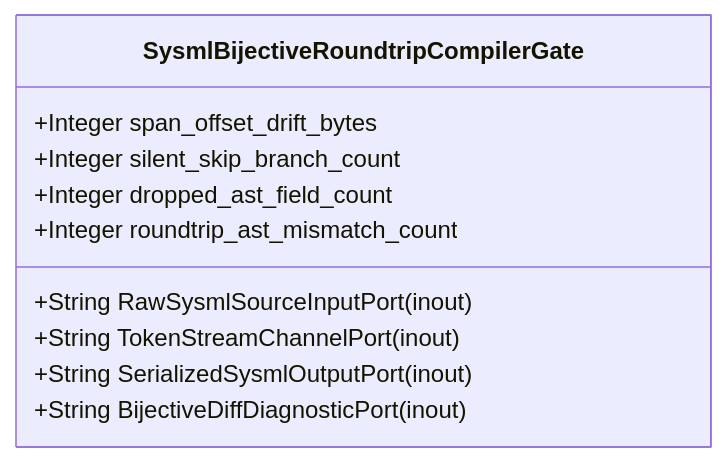
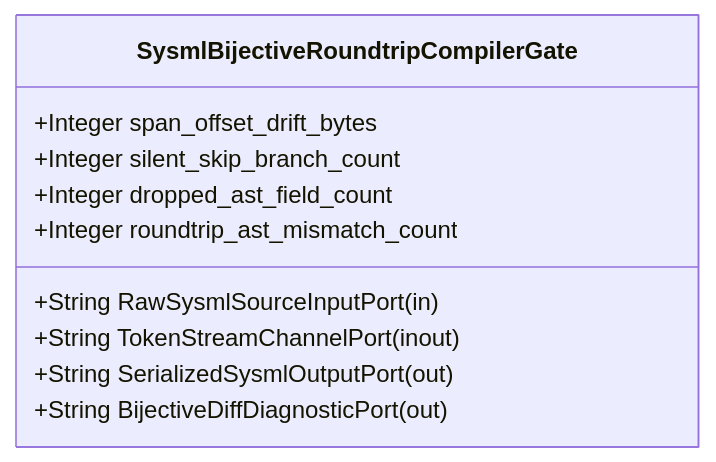
Before and after one commit to gintatkinson/DEAP01-spec-core: the diagram in .pipeline/upstream/docs/features/FEAT-15-SysmlBijectiveRoundtripCompilerGate.md, drawn with Mermaid. The commit also changed other lines of this file and 213 other files, not shown here.

````diff
--- a/.pipeline/upstream/docs/features/FEAT-15-SysmlBijectiveRoundtripCompilerGate.md
+++ b/.pipeline/upstream/docs/features/FEAT-15-SysmlBijectiveRoundtripCompilerGate.md
@@ -16,13 +16,13 @@
 ```mermaid
 classDiagram
     class SysmlBijectiveRoundtripCompilerGate {
-        +String RawSysmlSourceInputPort (inout)
+        +String RawSysmlSourceInputPort (in)
         +String TokenStreamChannelPort (inout)
-        +String SerializedSysmlOutputPort (inout)
-        +String BijectiveDiffDiagnosticPort (inout)
+        +String SerializedSysmlOutputPort (out)
+        +String BijectiveDiffDiagnosticPort (out)
         +Integer span_offset_drift_bytes
         +Integer silent_skip_branch_count
         +Integer dropped_ast_field_count
         +Integer roundtrip_ast_mismatch_count
     }
 ```
````
